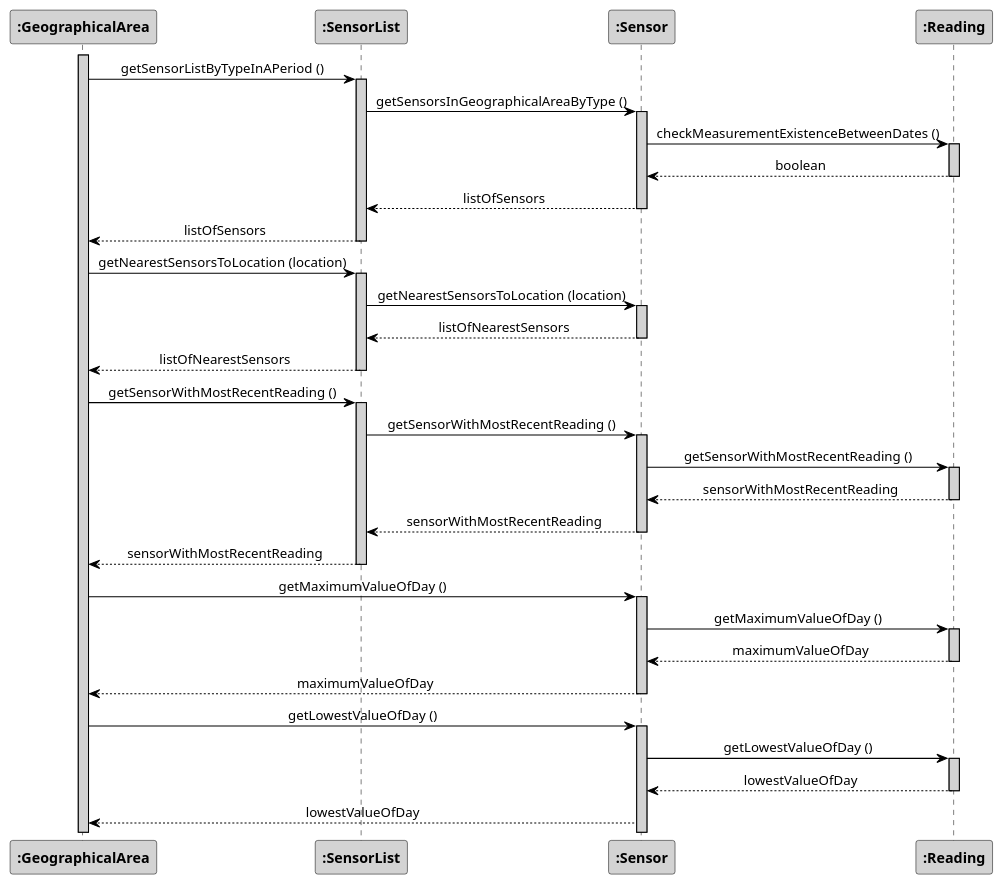
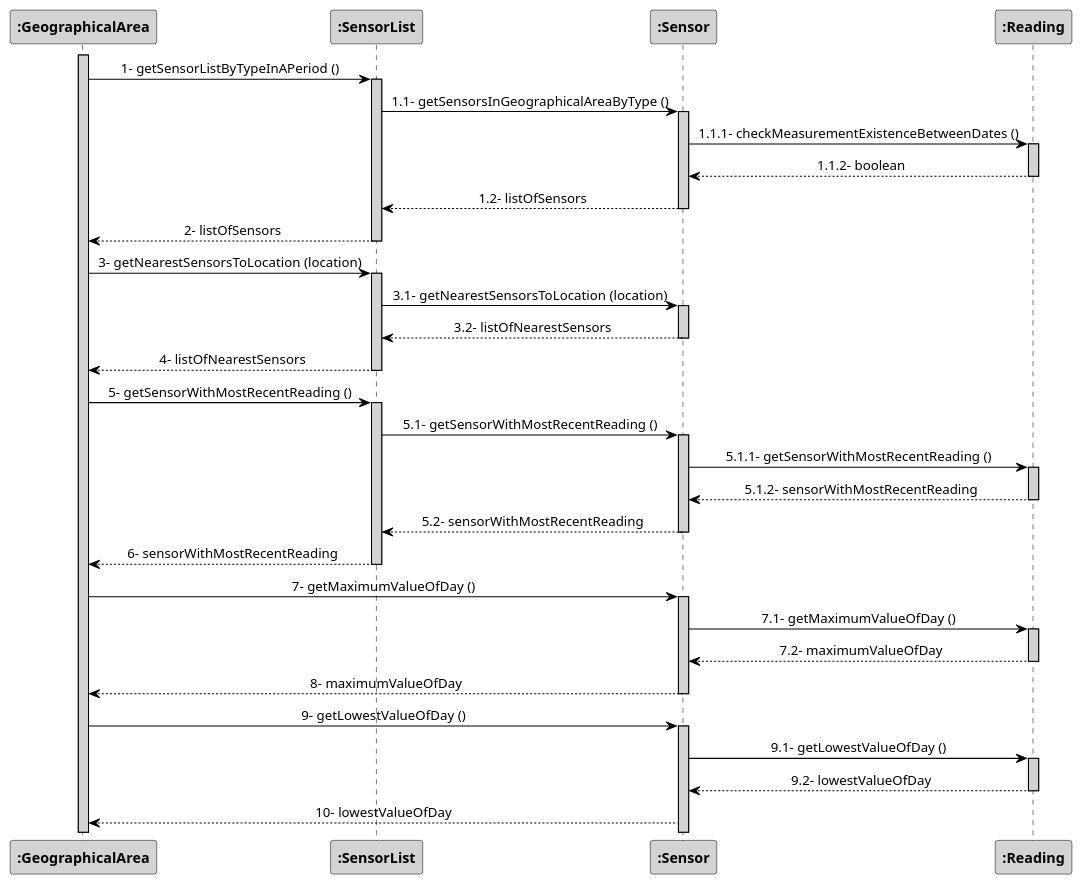
Before and after one commit to 1181687/hateoasToy: the diagram in src/main/java/pt/ipp/isep/dei/project/controllers/getDayWithHighestTemperatureAmplitudeController/SD_ref_getDayWithHighestTemperatureAmplitude.puml, drawn with PlantUML. The commit also changed 7 other files, not shown here.

Commit message:
Updated Architecture UML (from Class to Component) Updated Sequence Digrams (activation of energy line in all Regular/Admin Users).

```diff
--- a/src/main/java/pt/ipp/isep/dei/project/controllers/getDayWithHighestTemperatureAmplitudeController/SD_ref_getDayWithHighestTemperatureAmplitude.puml
+++ b/src/main/java/pt/ipp/isep/dei/project/controllers/getDayWithHighestTemperatureAmplitudeController/SD_ref_getDayWithHighestTemperatureAmplitude.puml
@@ -1,70 +1,71 @@
 @startuml
 skinparam sequenceMessageAlign center
 skinparam sequence {
 	ArrowColor Black
 	ActorBorderColor DarkBlue
 	LifeLineBorderColor black
 	LifeLineBackgroundColor LightGrey
 
 	ParticipantBorderColor Black
 	ParticipantBackgroundColor LightGrey
 	ParticipantFontStyle Bold
 
 	ActorBackgroundColor DimGrey
 	ActorFontColor DeepSkyBlue
 	ActorFontStyle Bold
 	ActorFontSize 17
 	ActorFontName Aapex
 }
+
 activate ":GeographicalArea"
-":GeographicalArea" -> ":SensorList": getSensorListByTypeInAPeriod ()
+":GeographicalArea" -> ":SensorList": 1- getSensorListByTypeInAPeriod ()
 activate ":SensorList"
-":SensorList" -> ":Sensor": getSensorsInGeographicalAreaByType ()
+":SensorList" -> ":Sensor": 1.1- getSensorsInGeographicalAreaByType ()
 activate ":Sensor"
-":Sensor" -> ":Reading": checkMeasurementExistenceBetweenDates ()
+":Sensor" -> ":Reading": 1.1.1- checkMeasurementExistenceBetweenDates ()
 activate ":Reading"
-":Sensor" <-- ":Reading": boolean
+":Sensor" <-- ":Reading": 1.1.2- boolean
 deactivate ":Reading"
-":SensorList" <-- ":Sensor": listOfSensors
+":SensorList" <-- ":Sensor": 1.2- listOfSensors
 deactivate ":Sensor"
-":GeographicalArea" <-- ":SensorList": listOfSensors
+":GeographicalArea" <-- ":SensorList": 2- listOfSensors
 deactivate ":SensorList"
-":GeographicalArea" -> ":SensorList": getNearestSensorsToLocation (location)
+":GeographicalArea" -> ":SensorList": 3- getNearestSensorsToLocation (location)
 activate ":SensorList"
-":SensorList" -> ":Sensor": getNearestSensorsToLocation (location)
+":SensorList" -> ":Sensor": 3.1- getNearestSensorsToLocation (location)
 activate ":Sensor"
-":SensorList" <-- ":Sensor": listOfNearestSensors
+":SensorList" <-- ":Sensor": 3.2- listOfNearestSensors
 deactivate ":Sensor"
-":GeographicalArea" <-- ":SensorList": listOfNearestSensors
+":GeographicalArea" <-- ":SensorList": 4- listOfNearestSensors
 deactivate ":SensorList"
-":GeographicalArea" -> ":SensorList": getSensorWithMostRecentReading ()
+":GeographicalArea" -> ":SensorList": 5- getSensorWithMostRecentReading ()
 activate ":SensorList"
-":SensorList" -> ":Sensor": getSensorWithMostRecentReading ()
+":SensorList" -> ":Sensor": 5.1- getSensorWithMostRecentReading ()
 activate ":Sensor"
-":Sensor" -> ":Reading": getSensorWithMostRecentReading ()
+":Sensor" -> ":Reading": 5.1.1- getSensorWithMostRecentReading ()
 activate ":Reading"
-":Sensor" <-- ":Reading": sensorWithMostRecentReading
+":Sensor" <-- ":Reading": 5.1.2- sensorWithMostRecentReading
 deactivate ":Reading"
-":SensorList" <-- ":Sensor": sensorWithMostRecentReading
+":SensorList" <-- ":Sensor": 5.2- sensorWithMostRecentReading
 deactivate ":Sensor"
-":GeographicalArea" <-- ":SensorList": sensorWithMostRecentReading
+":GeographicalArea" <-- ":SensorList": 6- sensorWithMostRecentReading
 deactivate ":SensorList"
-":GeographicalArea" -> ":Sensor": getMaximumValueOfDay ()
+":GeographicalArea" -> ":Sensor": 7- getMaximumValueOfDay ()
 activate ":Sensor"
-":Sensor" -> ":Reading": getMaximumValueOfDay ()
+":Sensor" -> ":Reading": 7.1- getMaximumValueOfDay ()
 activate ":Reading"
-":Sensor" <-- ":Reading": maximumValueOfDay
+":Sensor" <-- ":Reading": 7.2- maximumValueOfDay
 deactivate ":Reading"
-":GeographicalArea" <-- ":Sensor": maximumValueOfDay
+":GeographicalArea" <-- ":Sensor": 8- maximumValueOfDay
 deactivate ":Sensor"
-":GeographicalArea" -> ":Sensor": getLowestValueOfDay ()
+":GeographicalArea" -> ":Sensor": 9- getLowestValueOfDay ()
 activate ":Sensor"
-":Sensor" -> ":Reading": getLowestValueOfDay ()
+":Sensor" -> ":Reading": 9.1- getLowestValueOfDay ()
 activate ":Reading"
-":Sensor" <-- ":Reading": lowestValueOfDay
+":Sensor" <-- ":Reading": 9.2- lowestValueOfDay
 deactivate ":Reading"
-":GeographicalArea" <-- ":Sensor": lowestValueOfDay
+":GeographicalArea" <-- ":Sensor": 10- lowestValueOfDay
 
 
 
 @enduml
```
